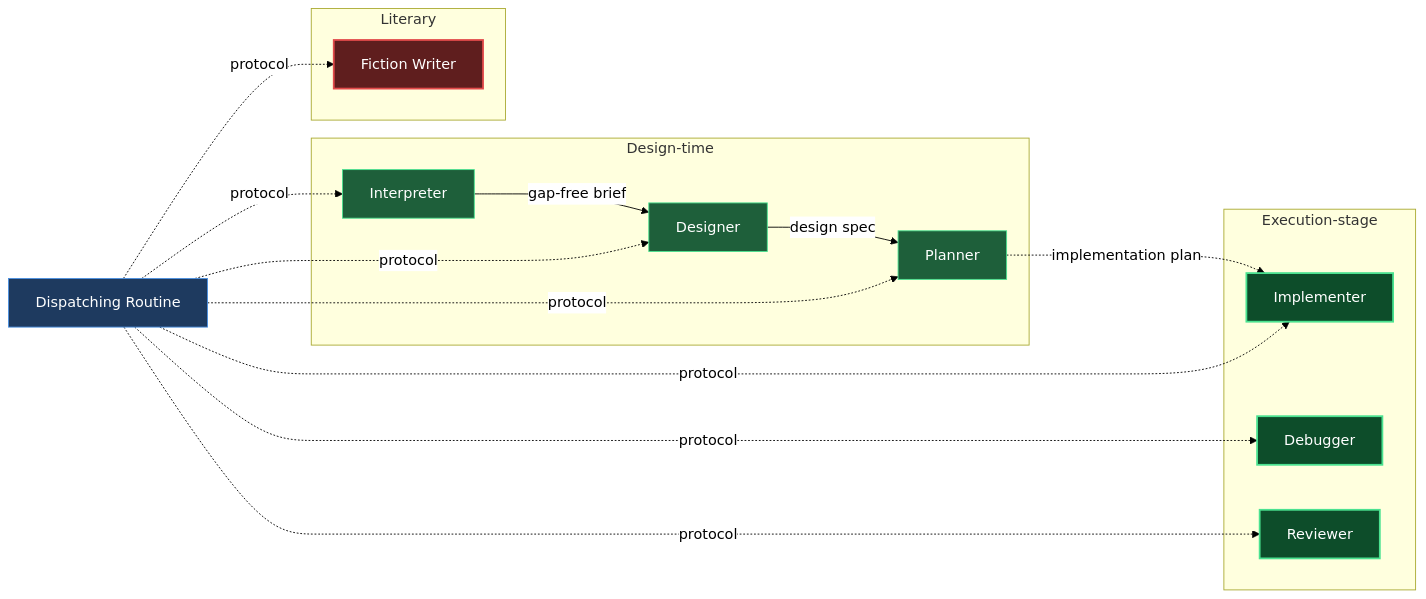
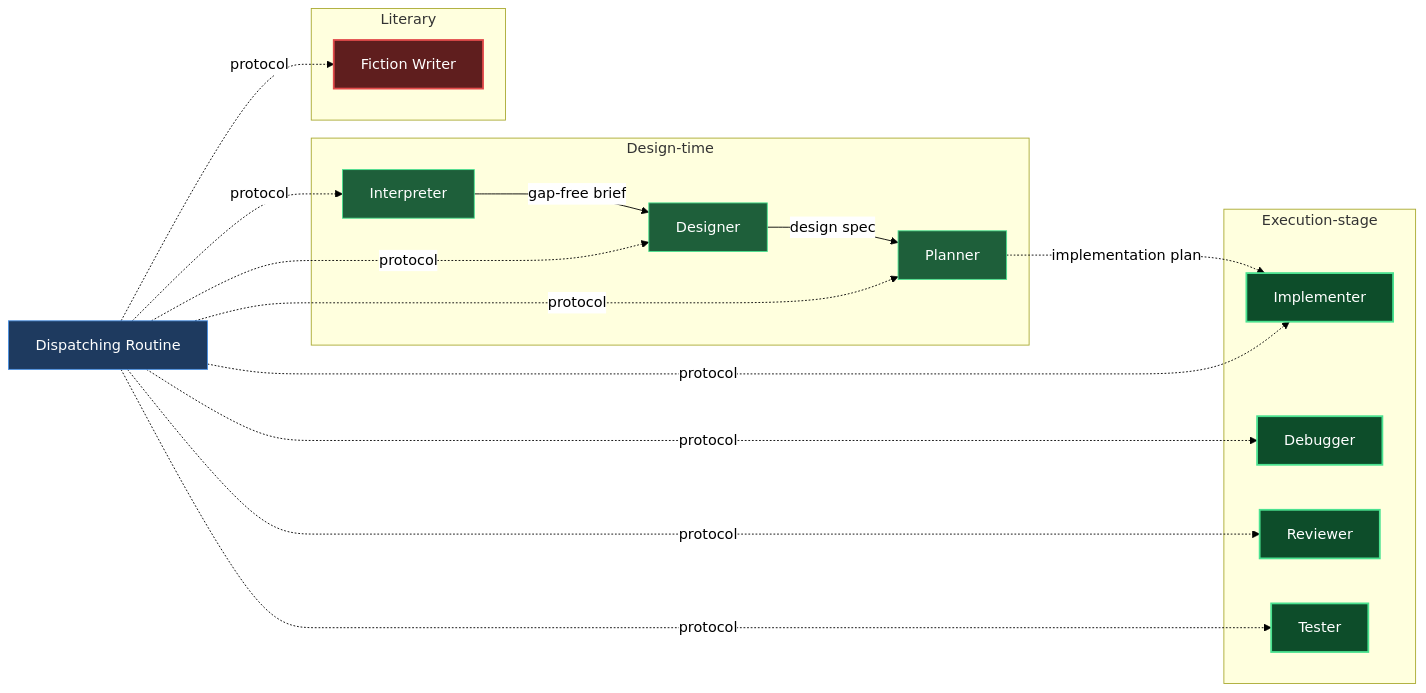
One commit to mebius-san/lazy-cortex changed the diagram in claude/lazycortex-experts/help/agents.md. Above: the diagram before and after it, drawn with Mermaid. The commit also changed other lines of this file and 65 other files, not shown here.

````diff
--- a/claude/lazycortex-experts/help/agents.md
+++ b/claude/lazycortex-experts/help/agents.md
@@ -60,47 +63,50 @@
 ```mermaid
 %%{init: {'themeVariables':{'background':'transparent','lineColor':'#000','textColor':'#000','edgeLabelBackground':'#fff'},'themeCSS':'.edgeLabel{background-color:transparent!important}.edgeLabel p{background-color:transparent!important}','flowchart':{'diagramPadding':5,'useMaxWidth':true}}}%%
 flowchart LR
   dispatchingRoutine[Dispatching Routine]
 
   subgraph designTime [Design-time]
     interpreter[Interpreter]
     designer[Designer]
     planner[Planner]
   end
 
   subgraph executionStage [Execution-stage]
     implementer[Implementer]
     debugger[Debugger]
     reviewer[Reviewer]
+    tester[Tester]
   end
 
   subgraph literary [Literary]
     fictionWriter[Fiction Writer]
   end
 
   interpreter -->|gap-free brief| designer
   designer -->|design spec| planner
   planner -.->|implementation plan| implementer
 
   dispatchingRoutine -.->|protocol| interpreter
   dispatchingRoutine -.->|protocol| designer
   dispatchingRoutine -.->|protocol| planner
   dispatchingRoutine -.->|protocol| implementer
   dispatchingRoutine -.->|protocol| debugger
   dispatchingRoutine -.->|protocol| reviewer
+  dispatchingRoutine -.->|protocol| tester
   dispatchingRoutine -.->|protocol| fictionWriter
 
   classDef entry fill:#1e3a5f,stroke:#4a90e2,color:#fff
   classDef action fill:#1e5f3a,stroke:#4ae290,color:#fff
   classDef success fill:#0d4d2a,stroke:#4ae290,color:#fff,stroke-width:2px
   classDef error fill:#5f1e1e,stroke:#e24a4a,color:#fff,stroke-width:2px
 
   class dispatchingRoutine entry
   class interpreter action
   class designer action
   class planner action
   class implementer success
   class debugger success
   class reviewer success
+  class tester success
   class fictionWriter error
 ```
````
